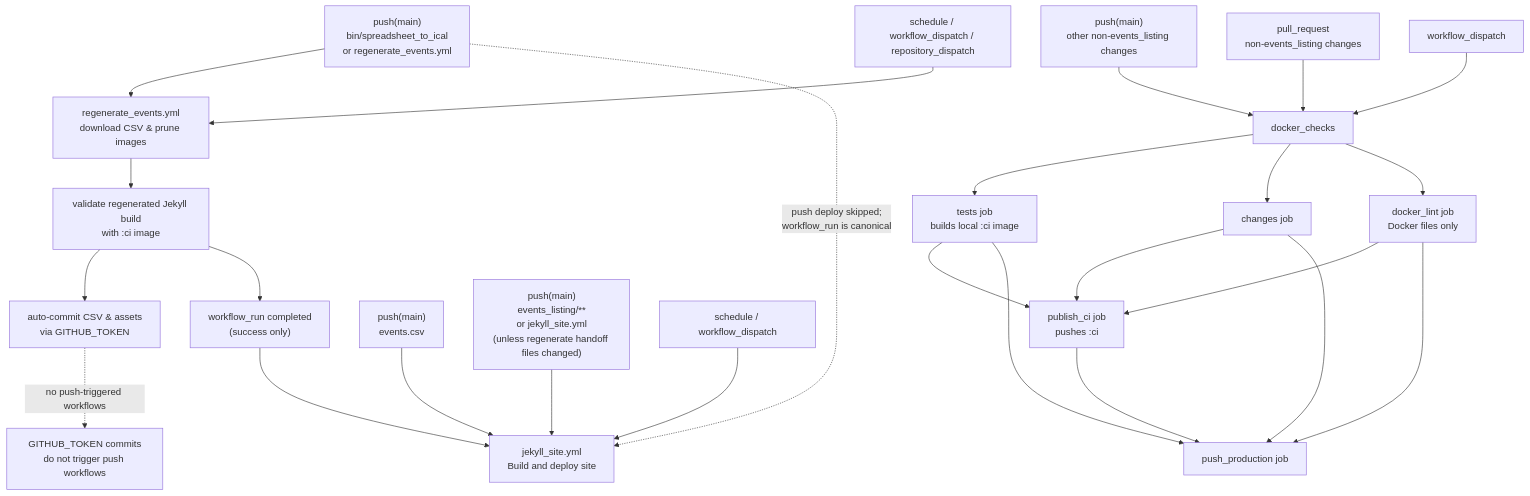
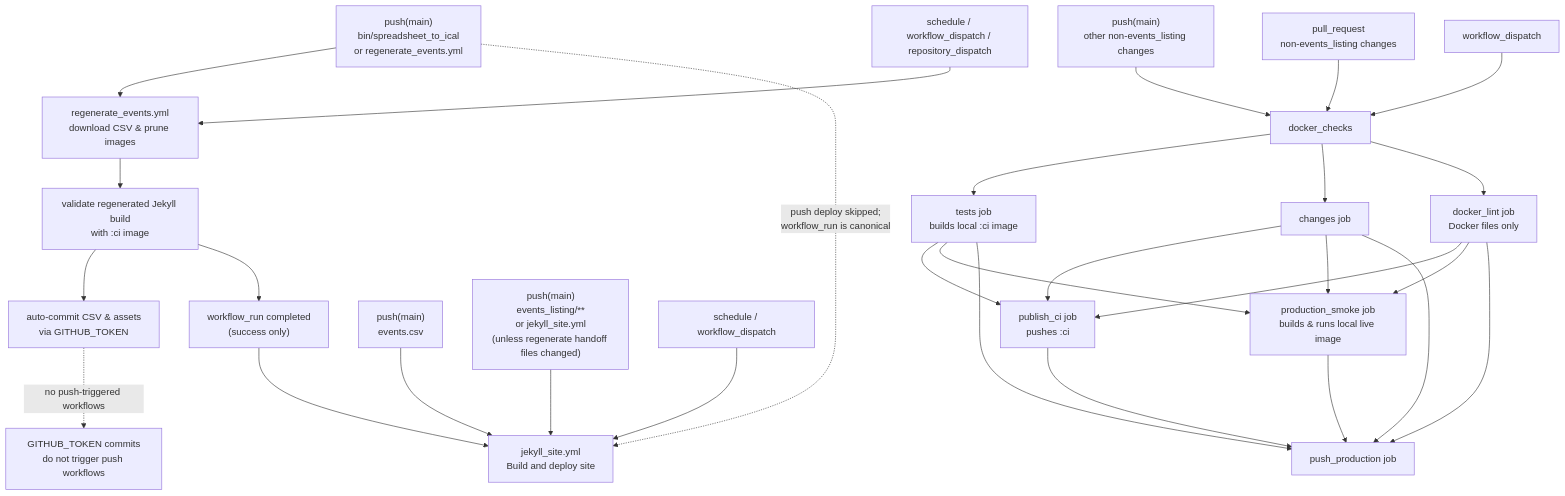
Before and after one commit to zewelor/ps_events: the diagram in .github/workflows/README.md, drawn with Mermaid. The commit also changed other lines of this file and 2 other files, not shown here.

Commit message:
Verify production Bundler runtime

````diff
--- a/.github/workflows/README.md
+++ b/.github/workflows/README.md
@@ -9,33 +9,37 @@
 ```mermaid
 flowchart TD
     push_regen["push(main)<br/>bin/spreadsheet_to_ical<br/>or regenerate_events.yml"] --> regenerate["regenerate_events.yml<br/>download CSV & prune images"]
     schedule_regen["schedule / workflow_dispatch / repository_dispatch"] --> regenerate
 
     regenerate --> regen_validate["validate regenerated Jekyll build<br/>with :ci image"]
     regen_validate --> regen_commit["auto-commit CSV & assets<br/>via GITHUB_TOKEN"]
     regen_validate --> regen_complete["workflow_run completed<br/>(success only)"]
     regen_complete --> jekyll["jekyll_site.yml<br/>Build and deploy site"]
 
     regen_commit -. no push-triggered workflows .-> token_note["GITHUB_TOKEN commits<br/>do not trigger push workflows"]
     push_regen -. push deploy skipped;<br/>workflow_run is canonical .-> jekyll
 
     push_events["push(main)<br/>events.csv"] --> jekyll
 
     push_site["push(main)<br/>events_listing/**<br/>or jekyll_site.yml<br/>(unless regenerate handoff files changed)"] --> jekyll
     schedule_site["schedule / workflow_dispatch"] --> jekyll
 
     push_backend["push(main)<br/>other non-events_listing changes"] --> docker_checks
     pr_backend["pull_request<br/>non-events_listing changes"] --> docker_checks
     dispatch_backend["workflow_dispatch"] --> docker_checks
 
     docker_checks --> docker_tests["tests job<br/>builds local :ci image"]
     docker_checks --> docker_changes["changes job"]
     docker_checks --> docker_lint["docker_lint job<br/>Docker files only"]
     docker_tests --> docker_ci["publish_ci job<br/>pushes :ci"]
     docker_changes --> docker_ci
     docker_lint --> docker_ci
+    docker_tests --> docker_smoke["production_smoke job<br/>builds & runs local live image"]
+    docker_changes --> docker_smoke
+    docker_lint --> docker_smoke
     docker_ci --> docker_production["push_production job"]
+    docker_smoke --> docker_production
     docker_changes --> docker_production
     docker_tests --> docker_production
     docker_lint --> docker_production
 ```
````
